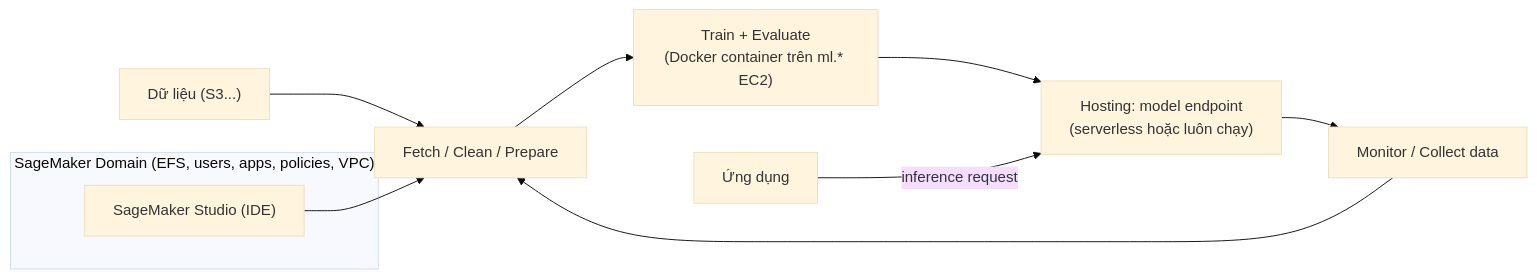
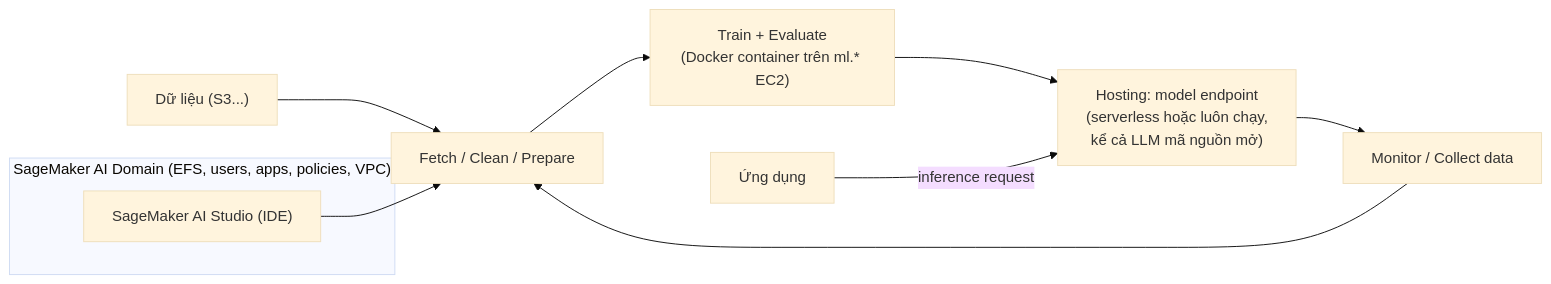
Before and after one commit to hairbui76/aws-saa-c03: the diagram in data/21 Machine Learning/SageMaker.md, drawn with Mermaid (base theme). The commit also changed other lines of this file and 26 other files, not shown here.

````diff
--- a/data/21 Machine Learning/SageMaker.md
+++ b/data/21 Machine Learning/SageMaker.md
@@ -29,13 +39,13 @@
 ```mermaid
 flowchart LR
-  subgraph DOM["SageMaker Domain (EFS, users, apps, policies, VPC)"]
-    ST["SageMaker Studio (IDE)"]
+  subgraph DOM["SageMaker AI Domain (EFS, users, apps, policies, VPC)"]
+    ST["SageMaker AI Studio (IDE)"]
   end
   D["Dữ liệu (S3...)"] --> PREP["Fetch / Clean / Prepare"]
   ST --> PREP
   PREP --> TR["Train + Evaluate<br/>(Docker container trên ml.* EC2)"]
-  TR --> EP["Hosting: model endpoint<br/>(serverless hoặc luôn chạy)"]
+  TR --> EP["Hosting: model endpoint<br/>(serverless hoặc luôn chạy,<br/>kể cả LLM mã nguồn mở)"]
   APP["Ứng dụng"] -- "inference request" --> EP
   EP --> MON["Monitor / Collect data"]
   MON --> PREP
 ```
````
